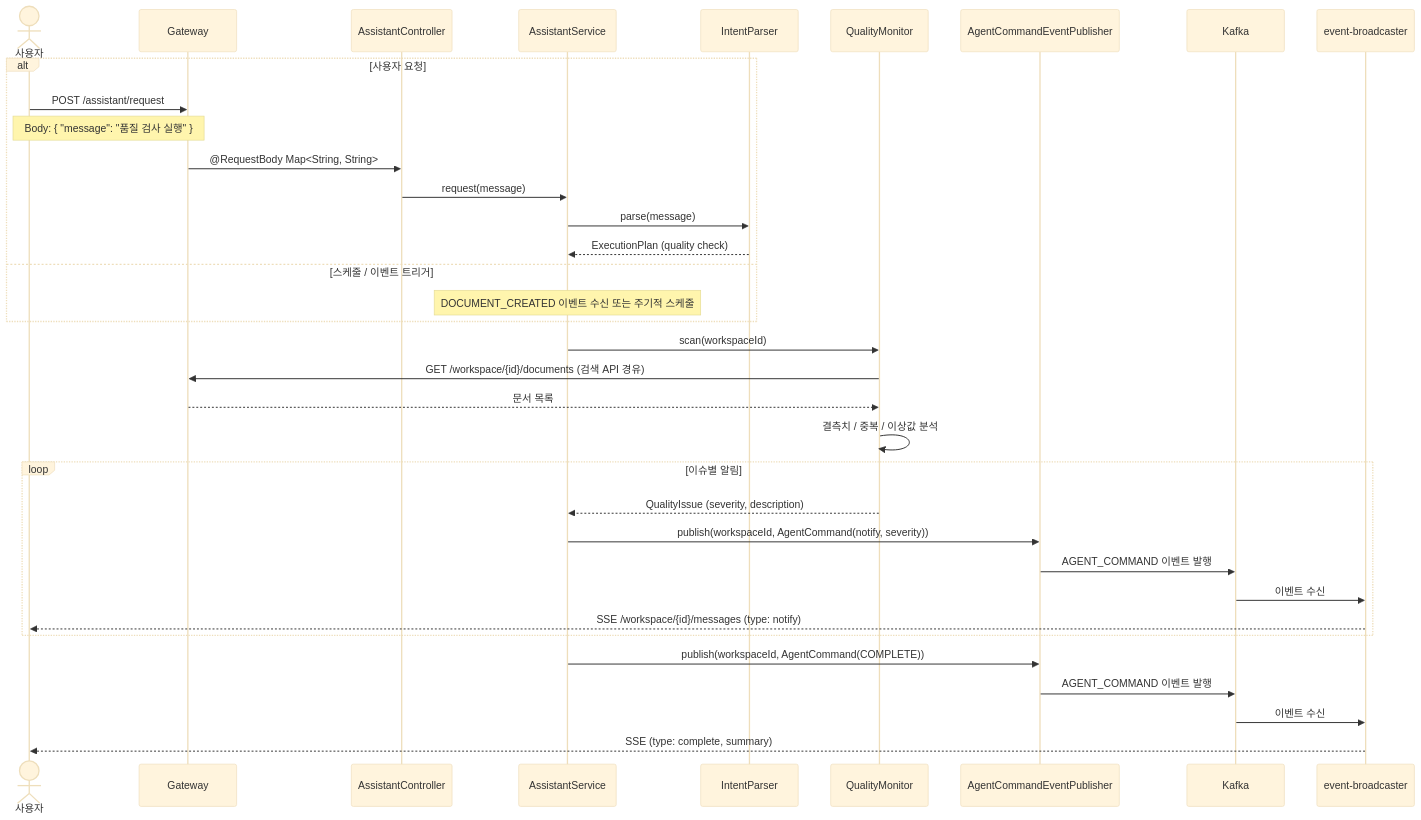
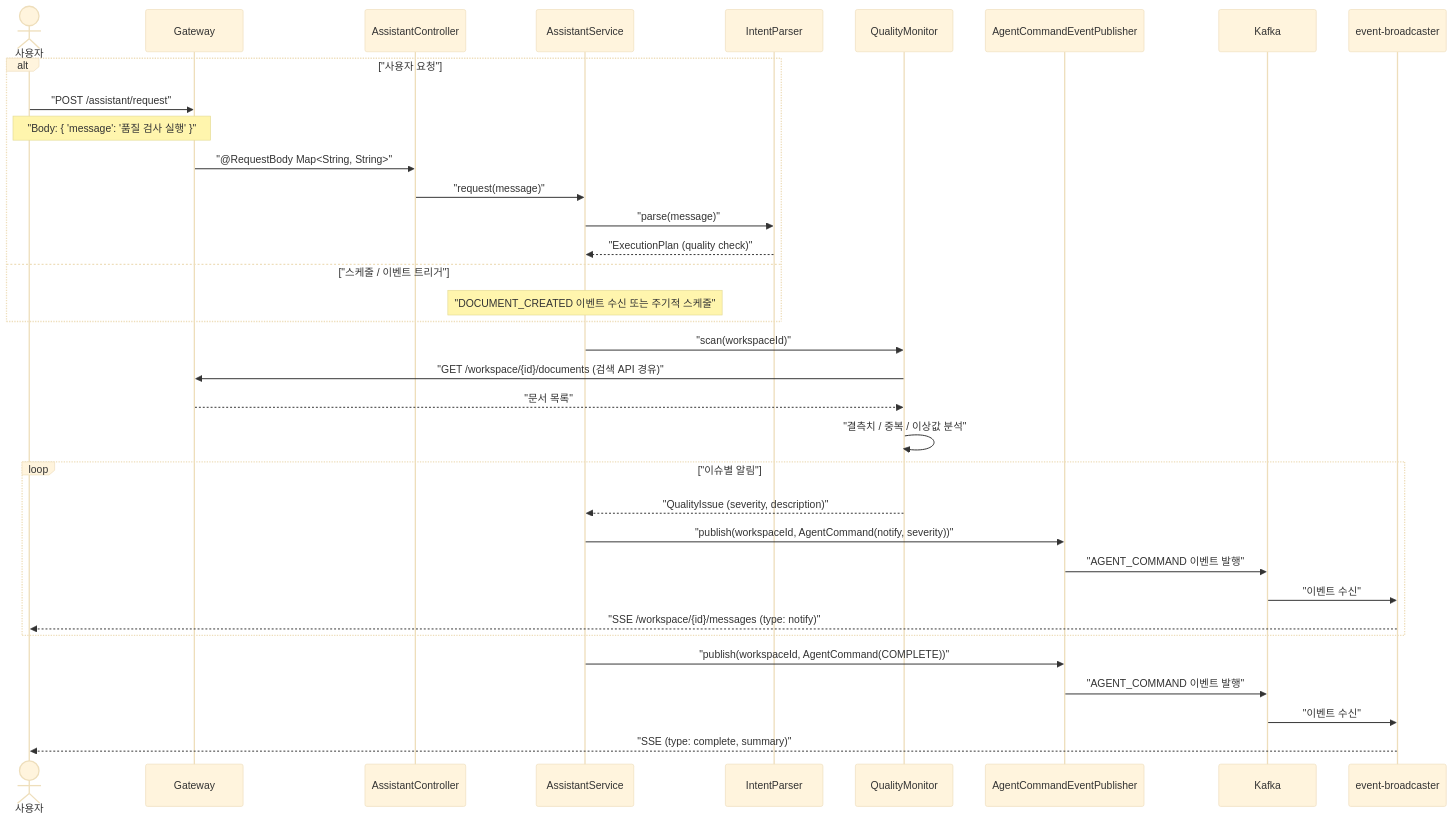
The fifth of 13 diagrams in assistant/USECASE.md (sayaya1090/handbook), drawn with Mermaid (base theme) before and after one commit. The commit also changed other lines of this file and 22 other files, not shown here.

First line of the commit message:
docs: Mermaid 다이어그램 렌더링 오류 수정을 위한 구문 전수 교정

````diff
--- a/assistant/USECASE.md
+++ b/assistant/USECASE.md
@@ -156,41 +156,41 @@
 ```mermaid
 sequenceDiagram
     actor User as 사용자
     participant GW as Gateway
     participant Ctrl as AssistantController
     participant Svc as AssistantService
     participant Parser as IntentParser
     participant QM as QualityMonitor
     participant Pub as AgentCommandEventPublisher
     participant K as Kafka
     participant EB as event-broadcaster
 
-    alt 사용자 요청
-        User->>GW: POST /assistant/request
-        Note over User,GW: Body: { "message": "품질 검사 실행" }
-        GW->>Ctrl: @RequestBody Map<String, String>
-        Ctrl->>Svc: request(message)
-        Svc->>Parser: parse(message)
-        Parser-->>Svc: ExecutionPlan (quality check)
-    else 스케줄 / 이벤트 트리거
-        Note over Svc: DOCUMENT_CREATED 이벤트 수신 또는 주기적 스케줄
+    alt "사용자 요청"
+        User->>GW: "POST /assistant/request"
+        Note over User,GW: "Body: { 'message': '품질 검사 실행' }"
+        GW->>Ctrl: "@RequestBody Map<String, String>"
+        Ctrl->>Svc: "request(message)"
+        Svc->>Parser: "parse(message)"
+        Parser-->>Svc: "ExecutionPlan (quality check)"
+    else "스케줄 / 이벤트 트리거"
+        Note over Svc: "DOCUMENT_CREATED 이벤트 수신 또는 주기적 스케줄"
     end
 
-    Svc->>QM: scan(workspaceId)
-    QM->>GW: GET /workspace/{id}/documents (검색 API 경유)
-    GW-->>QM: 문서 목록
-    QM->>QM: 결측치 / 중복 / 이상값 분석
+    Svc->>QM: "scan(workspaceId)"
+    QM->>GW: "GET /workspace/{id}/documents (검색 API 경유)"
+    GW-->>QM: "문서 목록"
+    QM->>QM: "결측치 / 중복 / 이상값 분석"
 
-    loop 이슈별 알림
-        QM-->>Svc: QualityIssue (severity, description)
-        Svc->>Pub: publish(workspaceId, AgentCommand(notify, severity))
-        Pub->>K: AGENT_COMMAND 이벤트 발행
-        K->>EB: 이벤트 수신
-        EB-->>User: SSE /workspace/{id}/messages (type: notify)
+    loop "이슈별 알림"
+        QM-->>Svc: "QualityIssue (severity, description)"
+        Svc->>Pub: "publish(workspaceId, AgentCommand(notify, severity))"
+        Pub->>K: "AGENT_COMMAND 이벤트 발행"
+        K->>EB: "이벤트 수신"
+        EB-->>User: "SSE /workspace/{id}/messages (type: notify)"
     end
 
-    Svc->>Pub: publish(workspaceId, AgentCommand(COMPLETE))
-    Pub->>K: AGENT_COMMAND 이벤트 발행
-    K->>EB: 이벤트 수신
-    EB-->>User: SSE (type: complete, summary)
+    Svc->>Pub: "publish(workspaceId, AgentCommand(COMPLETE))"
+    Pub->>K: "AGENT_COMMAND 이벤트 발행"
+    K->>EB: "이벤트 수신"
+    EB-->>User: "SSE (type: complete, summary)"
 ```
````
